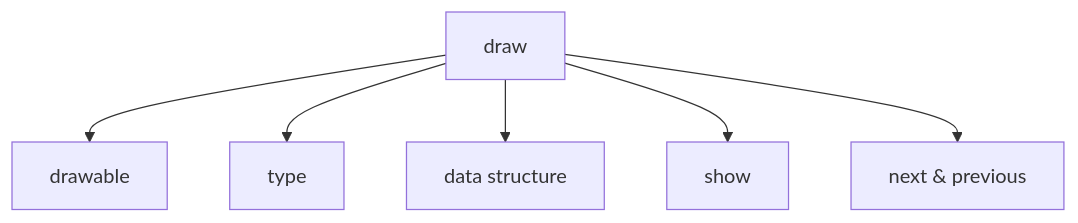
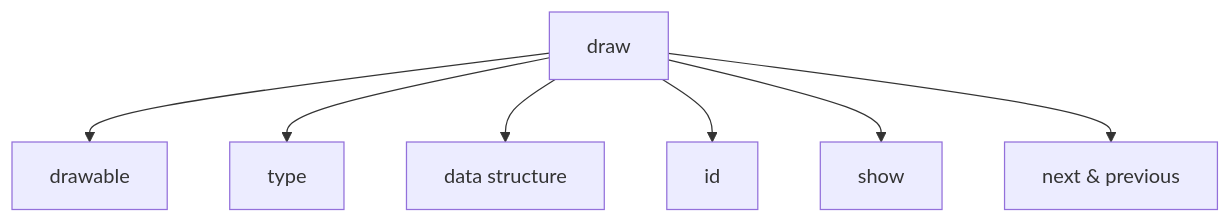
Before and after one commit to Chi-Iroh/MyRPG: the third of 7 diagrams in lib/my_graphics/README.md, drawn with Mermaid. The commit also changed other lines of this file and 10 other files, not shown here.

Commit message:
[FIX] : lib graphics : Up to Date documentation relative to draw structure

````diff
--- a/lib/my_graphics/README.md
+++ b/lib/my_graphics/README.md
@@ -97,8 +113,9 @@
 ```mermaid
   graph TD;
     A[draw] --> B[drawable];
     A --> C[type];
     A --> D[data structure];
-    A --> E[show];
-    A --> F[next & previous];
+    A --> E[id];
+    A --> F[show];
+    A --> G[next & previous];
 ```
````
